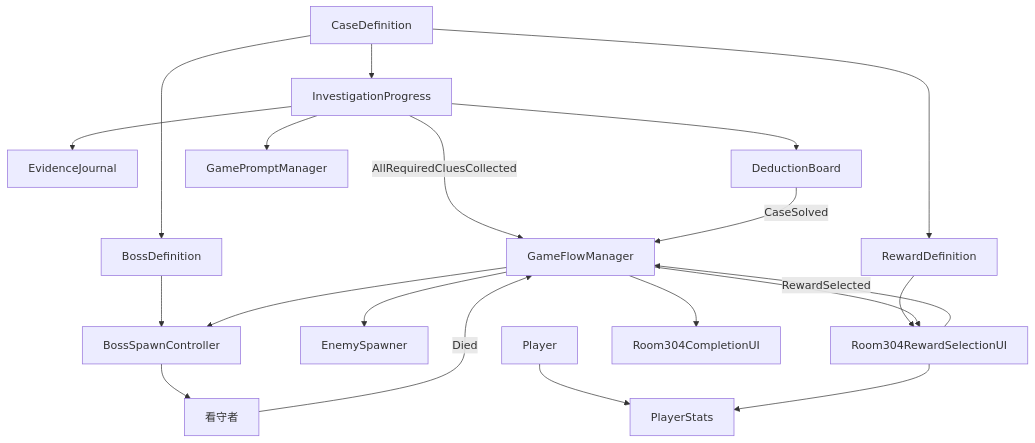
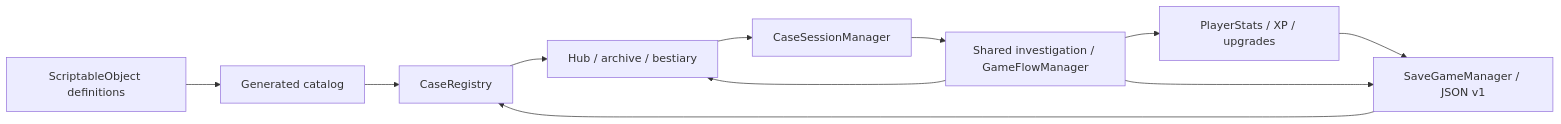
Before and after one commit to Vaenix/LostCity: the diagram in README.md, drawn with Mermaid. The commit also changed other lines of this file and 160 other files, not shown here.

Commit message:
feat: complete meta hub and persistent case flow

````diff
--- a/README.md
+++ b/README.md
@@ -75,38 +62,13 @@
 ```mermaid
-flowchart TD
-    Player["Player"]
-    Stats["PlayerStats"]
-    Flow["GameFlowManager"]
-    Case["CaseDefinition"]
-    Investigation["InvestigationProgress"]
-    BossData["BossDefinition"]
-    RewardData["RewardDefinition"]
-    Journal["EvidenceJournal"]
-    Deduction["DeductionBoard"]
-    Spawner["EnemySpawner"]
-    BossSpawn["BossSpawnController"]
-    Boss["看守者"]
-    Reward["Room304RewardSelectionUI"]
-    Complete["Room304CompletionUI"]
-    Prompt["GamePromptManager"]
-
-    Player --> Stats
-    Case --> Investigation
-    Case --> BossData
-    Case --> RewardData
-    Investigation --> Journal
-    Investigation --> Deduction
-    Investigation --> Prompt
-    Investigation -- "AllRequiredCluesCollected" --> Flow
-    Deduction -- "CaseSolved" --> Flow
-    Flow --> Spawner
-    BossData --> BossSpawn
-    Flow --> BossSpawn
-    BossSpawn --> Boss
-    Boss -- "Died" --> Flow
-    RewardData --> Reward
-    Flow --> Reward
-    Reward -- "RewardSelected" --> Flow
-    Reward --> Stats
-    Flow --> Complete
+flowchart LR
+    Definitions["ScriptableObject definitions"] --> Catalog["Generated catalog"]
+    Catalog --> Registry["CaseRegistry"]
+    Save["SaveGameManager / JSON v1"] --> Registry
+    Registry --> Hub["Hub / archive / bestiary"]
+    Hub --> Session["CaseSessionManager"]
+    Session --> Flow["Shared investigation / GameFlowManager"]
+    Flow --> Player["PlayerStats / XP / upgrades"]
+    Player --> Save
+    Flow --> Save
+    Flow --> Hub
 ```
````
